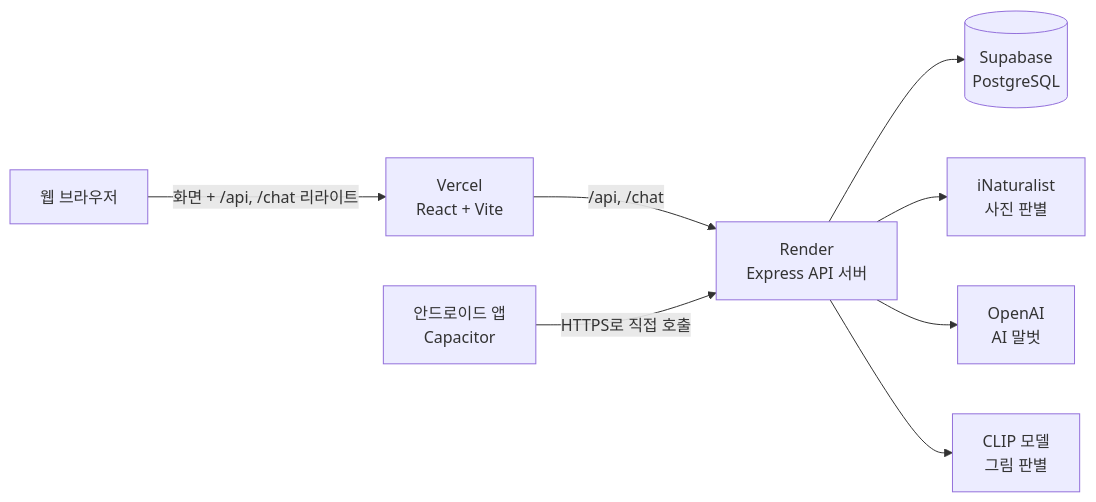
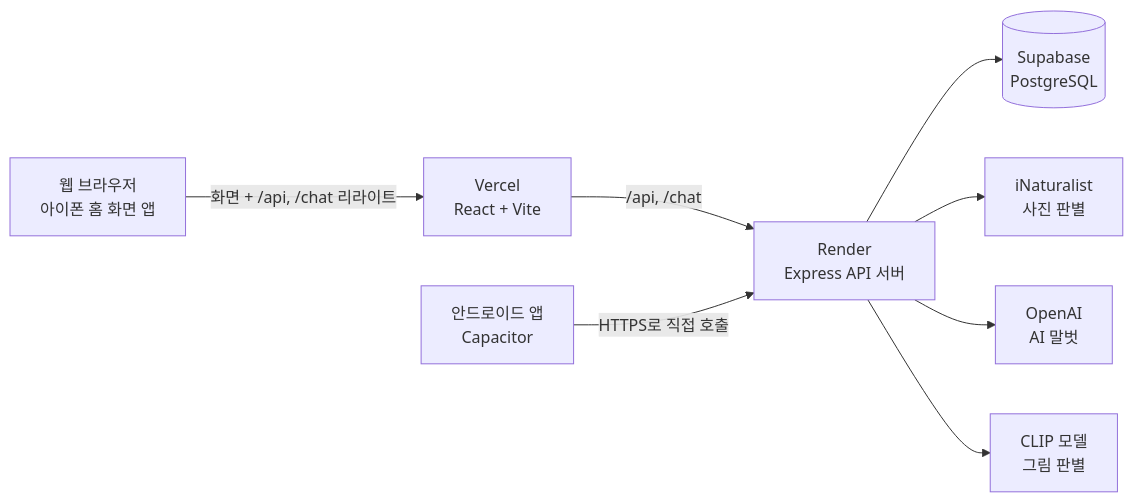
One commit to bobo33772-blip/little-biologist2 changed the second of 2 diagrams in README.md. Above: the diagram before and after it, drawn with Mermaid. The commit also changed other lines of this file and 16 other files, not shown here.

````diff
--- a/README.md
+++ b/README.md
@@ -70,10 +70,10 @@
 ```mermaid
 flowchart LR
-    W["웹 브라우저"] -->|"화면 + /api, /chat 리라이트"| V["Vercel<br/>React + Vite"]
+    W["웹 브라우저<br/>아이폰 홈 화면 앱"] -->|"화면 + /api, /chat 리라이트"| V["Vercel<br/>React + Vite"]
     V -->|"/api, /chat"| R["Render<br/>Express API 서버"]
     A["안드로이드 앱<br/>Capacitor"] -->|"HTTPS로 직접 호출"| R
     R --> DB[("Supabase<br/>PostgreSQL")]
     R --> IN["iNaturalist<br/>사진 판별"]
     R --> OA["OpenAI<br/>AI 말벗"]
     R --> CL["CLIP 모델<br/>그림 판별"]
 ```
````
